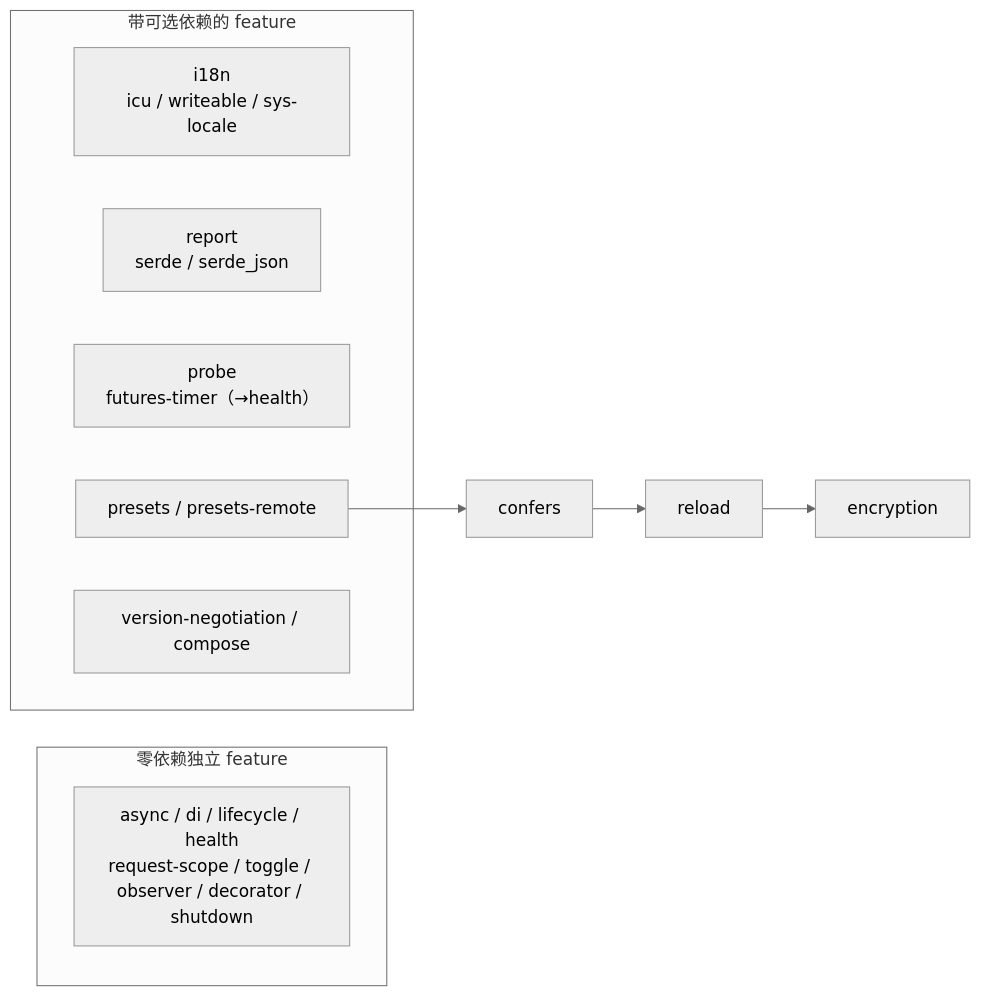
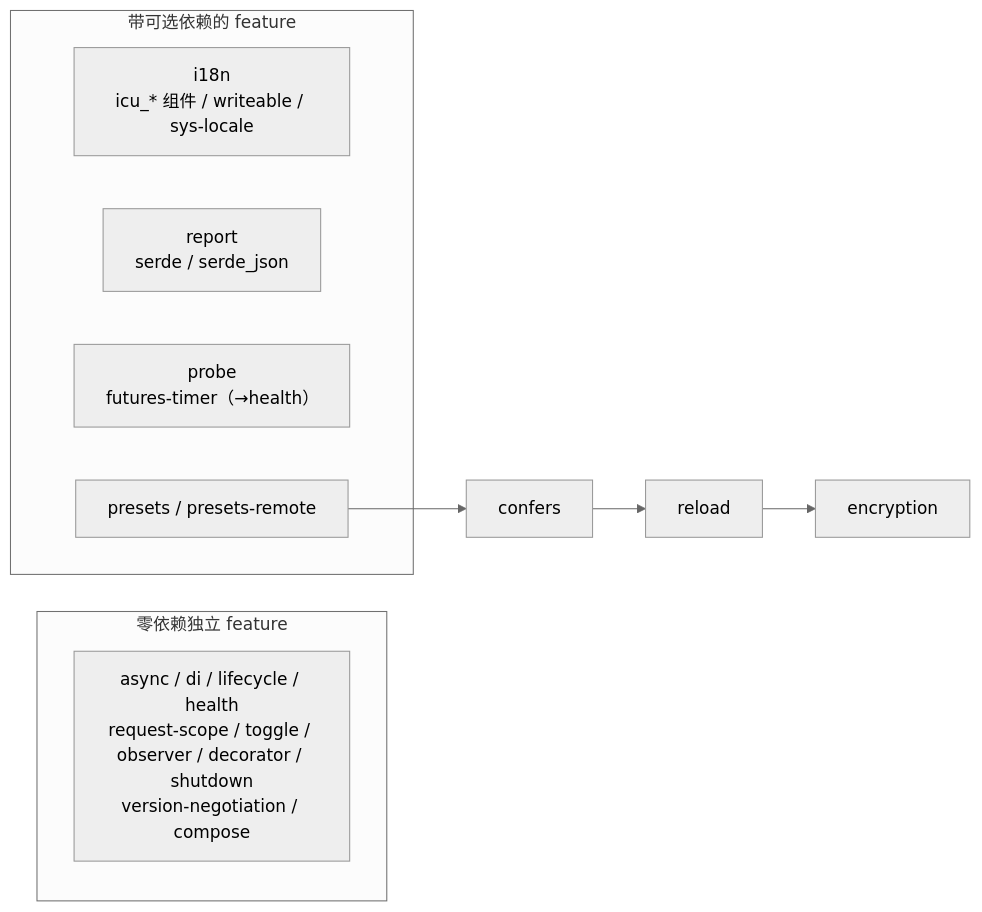
The third of 6 diagrams in docs/ARCHITECTURE.md (Kirky-X/trait-kit), drawn with Mermaid (neutral theme) before and after one commit. The commit also changed 30 other files, not shown here.

````diff
--- a/docs/ARCHITECTURE.md
+++ b/docs/ARCHITECTURE.md
@@ -127,19 +127,18 @@
 ```mermaid
 graph LR
     C["confers"] --> R["reload"]
     R --> E["encryption"]
 
     subgraph zc["零依赖独立 feature"]
-        Z["async / di / lifecycle / health<br/>request-scope / toggle / observer / decorator / shutdown"]
+        Z["async / di / lifecycle / health<br/>request-scope / toggle / observer / decorator / shutdown<br/>version-negotiation / compose"]
     end
 
     subgraph dep["带可选依赖的 feature"]
-        D1["i18n<br/>icu / writeable / sys-locale"]
+        D1["i18n<br/>icu_* 组件 / writeable / sys-locale"]
         D2["report<br/>serde / serde_json"]
         PR["probe<br/>futures-timer（→health）"]
         P["presets / presets-remote"]
-        N["version-negotiation / compose"]
     end
 
     P --> C
 ```
````
